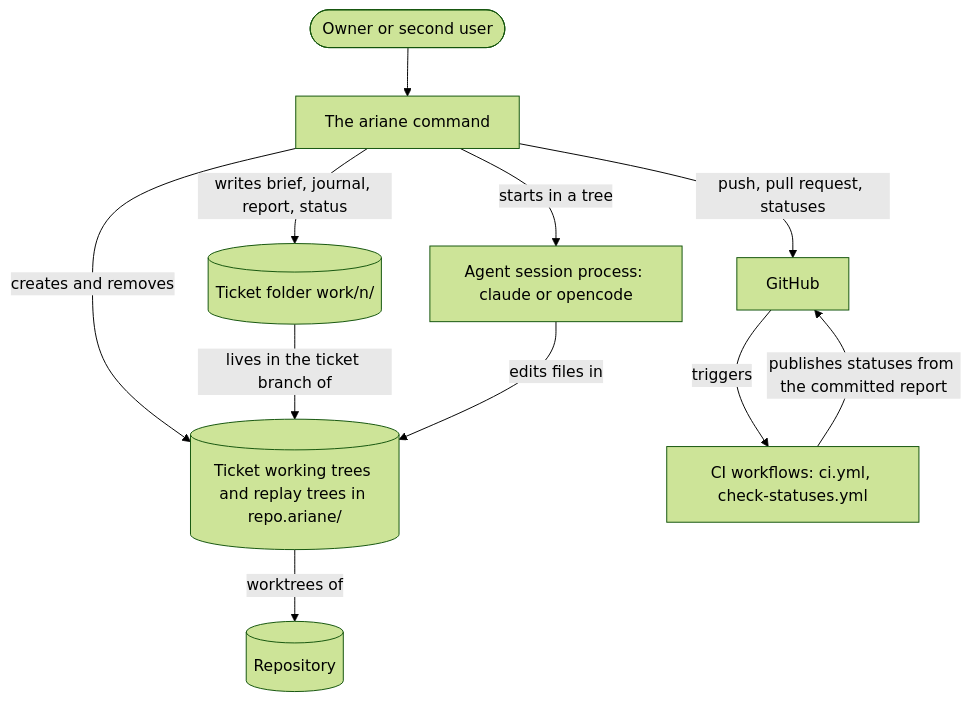
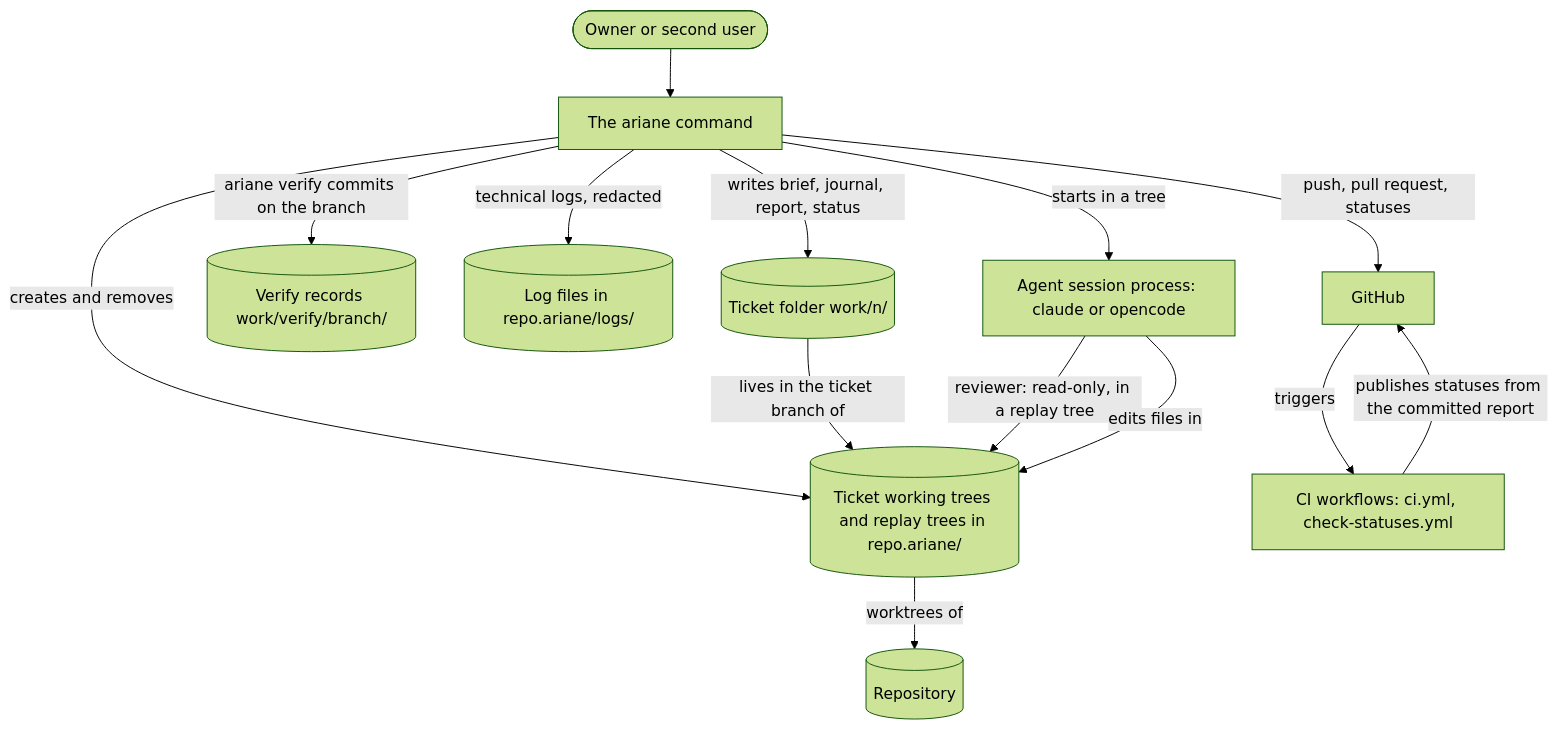
Before and after one commit to plaplanche/ariane: the diagram in docs/architecture/2-containers.md, drawn with Mermaid (forest theme). The commit also changed other lines of this file and 25 other files, not shown here.

Commit message:
#83: Slice 3 fix round: cap opencode sessions, ignore project opencode config, keep the reviewer read-only, bring the docs up to date (C5, C10, C21, C25)

````diff
--- a/docs/architecture/2-containers.md
+++ b/docs/architecture/2-containers.md
@@ -5,21 +5,26 @@
 ```mermaid
 flowchart TB
   user([Owner or second user])
   cmd[The ariane command]
   repo[(Repository)]
   trees[(Ticket working trees and replay trees in repo.ariane/)]
   folder[(Ticket folder work/n/)]
+  verifyrec[(Verify records work/verify/branch/)]
+  logs[(Log files in repo.ariane/logs/)]
   session[Agent session process: claude or opencode]
   ci[CI workflows: ci.yml, check-statuses.yml]
   github[GitHub]
   user --> cmd
   cmd -->|creates and removes| trees
   trees -->|worktrees of| repo
   cmd -->|writes brief, journal, report, status| folder
   folder -->|lives in the ticket branch of| trees
   cmd -->|starts in a tree| session
+  cmd -->|ariane verify commits on the branch| verifyrec
+  cmd -->|technical logs, redacted| logs
+  session -->|reviewer: read-only, in a replay tree| trees
   session -->|edits files in| trees
   cmd -->|push, pull request, statuses| github
   github -->|triggers| ci
   ci -->|publishes statuses from the committed report| github
 ```
````
